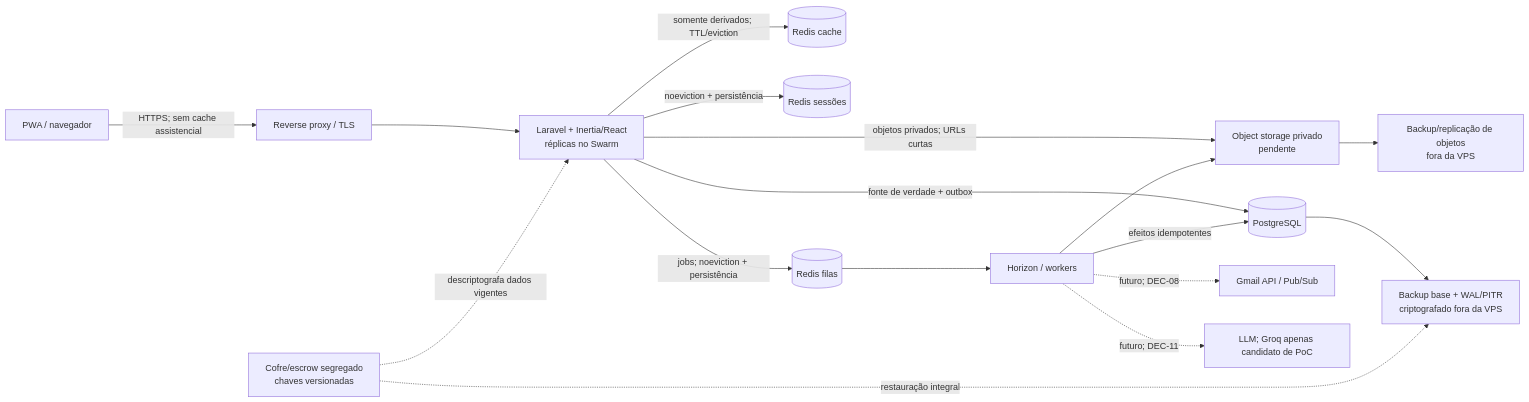
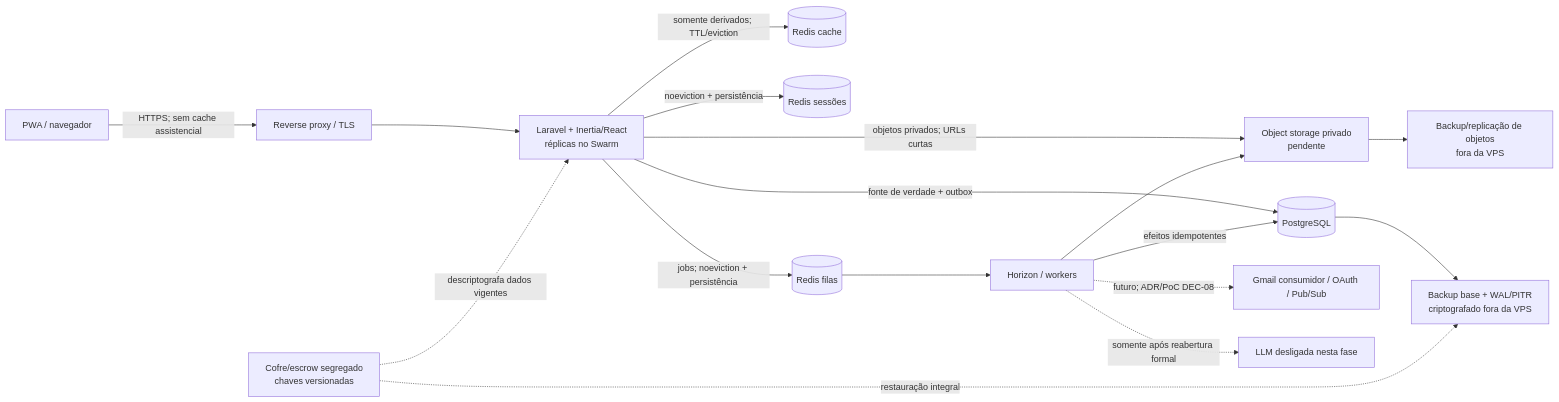
Before and after one commit to TommDaniel/centro_acolhimento: the diagram in docs/architecture/target-architecture.md, drawn with Mermaid. The commit also changed other lines of this file and 40 other files, not shown here.

````diff
--- a/docs/architecture/target-architecture.md
+++ b/docs/architecture/target-architecture.md
@@ -10,22 +10,22 @@
 ```mermaid
 flowchart LR
     Client["PWA / navegador"] -->|"HTTPS; sem cache assistencial"| Proxy["Reverse proxy / TLS"]
     Proxy --> App["Laravel + Inertia/React<br/>réplicas no Swarm"]
 
     App -->|"fonte de verdade + outbox"| PG[(PostgreSQL)]
     App -->|"somente derivados; TTL/eviction"| RedisCache[(Redis cache)]
     App -->|"noeviction + persistência"| RedisSessions[(Redis sessões)]
     App -->|"jobs; noeviction + persistência"| RedisQueues[(Redis filas)]
     App -->|"objetos privados; URLs curtas"| Objects["Object storage privado<br/>pendente"]
 
     RedisQueues --> Horizon["Horizon / workers"]
     Horizon -->|"efeitos idempotentes"| PG
     Horizon --> Objects
-    Horizon -.->|"futuro; DEC-08"| Gmail["Gmail API / Pub/Sub"]
-    Horizon -.->|"futuro; DEC-11"| LLM["LLM; Groq apenas candidato de PoC"]
+    Horizon -.->|"futuro; ADR/PoC DEC-08"| Gmail["Gmail consumidor / OAuth / Pub/Sub"]
+    Horizon -.->|"somente após reabertura formal"| LLM["LLM desligada nesta fase"]
 
     PG --> Backup["Backup base + WAL/PITR<br/>criptografado fora da VPS"]
     Objects --> BackupObjects["Backup/replicação de objetos<br/>fora da VPS"]
     Escrow["Cofre/escrow segregado<br/>chaves versionadas"] -.->|"restauração integral"| Backup
     Escrow -.->|"descriptografa dados vigentes"| App
 ```
````
